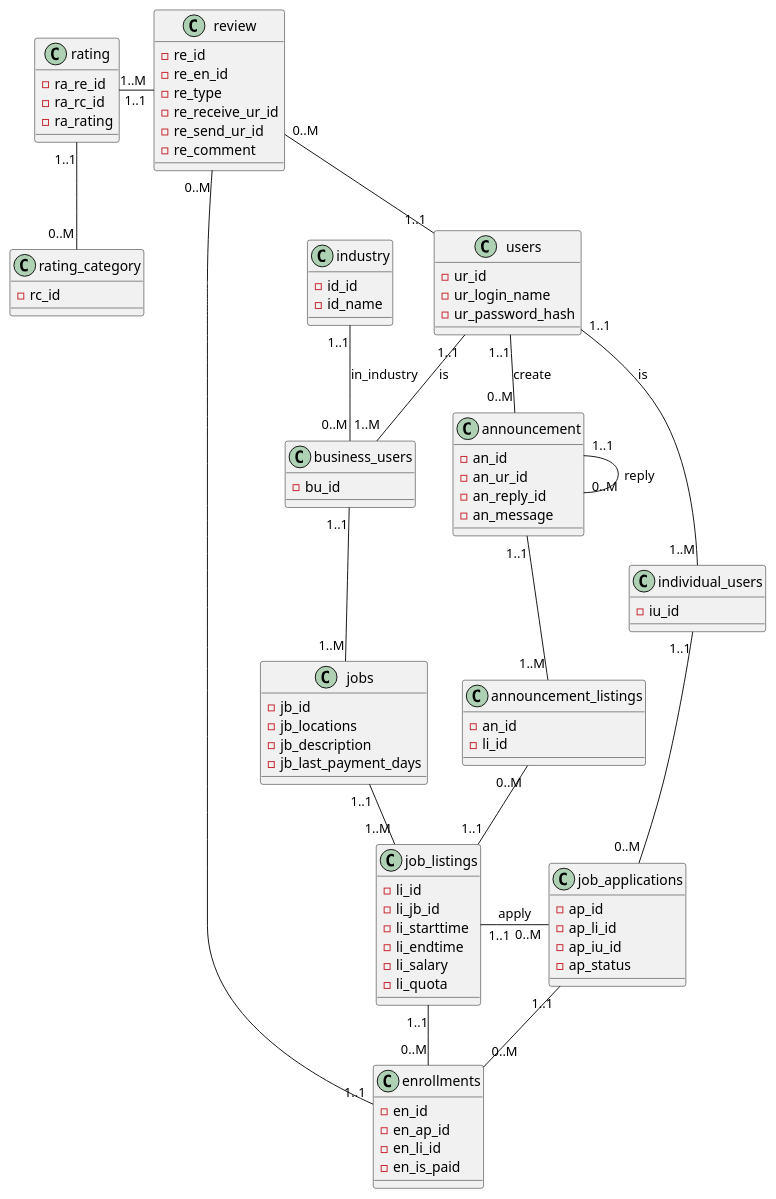
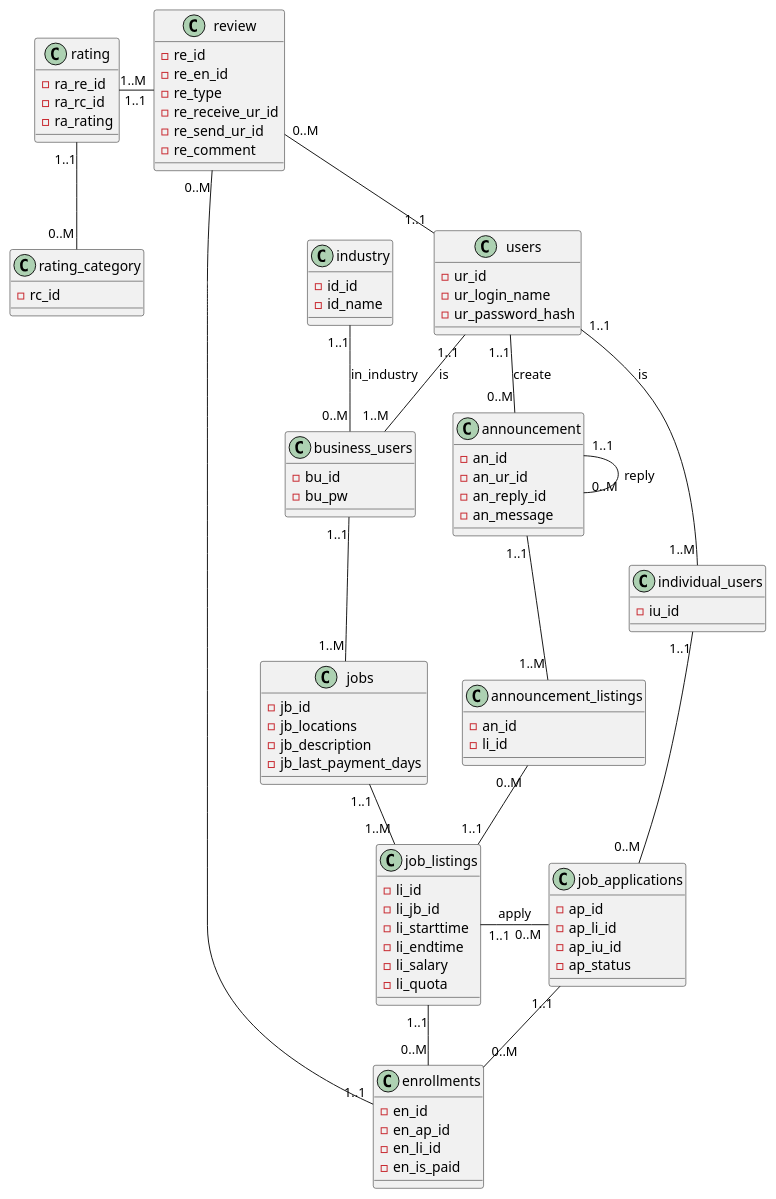
One commit to charleschen35353/manbaseHK changed the diagram in README.md. Above: the diagram before and after it, drawn with PlantUML.

Commit message:
20200403 updated b_user

```diff
--- a/README.md
+++ b/README.md
@@ -6,6 +6,7 @@
 @startuml
     class business_users {
         - bu_id
+        - bu_pw
     }
 
     class individual_users {
```
